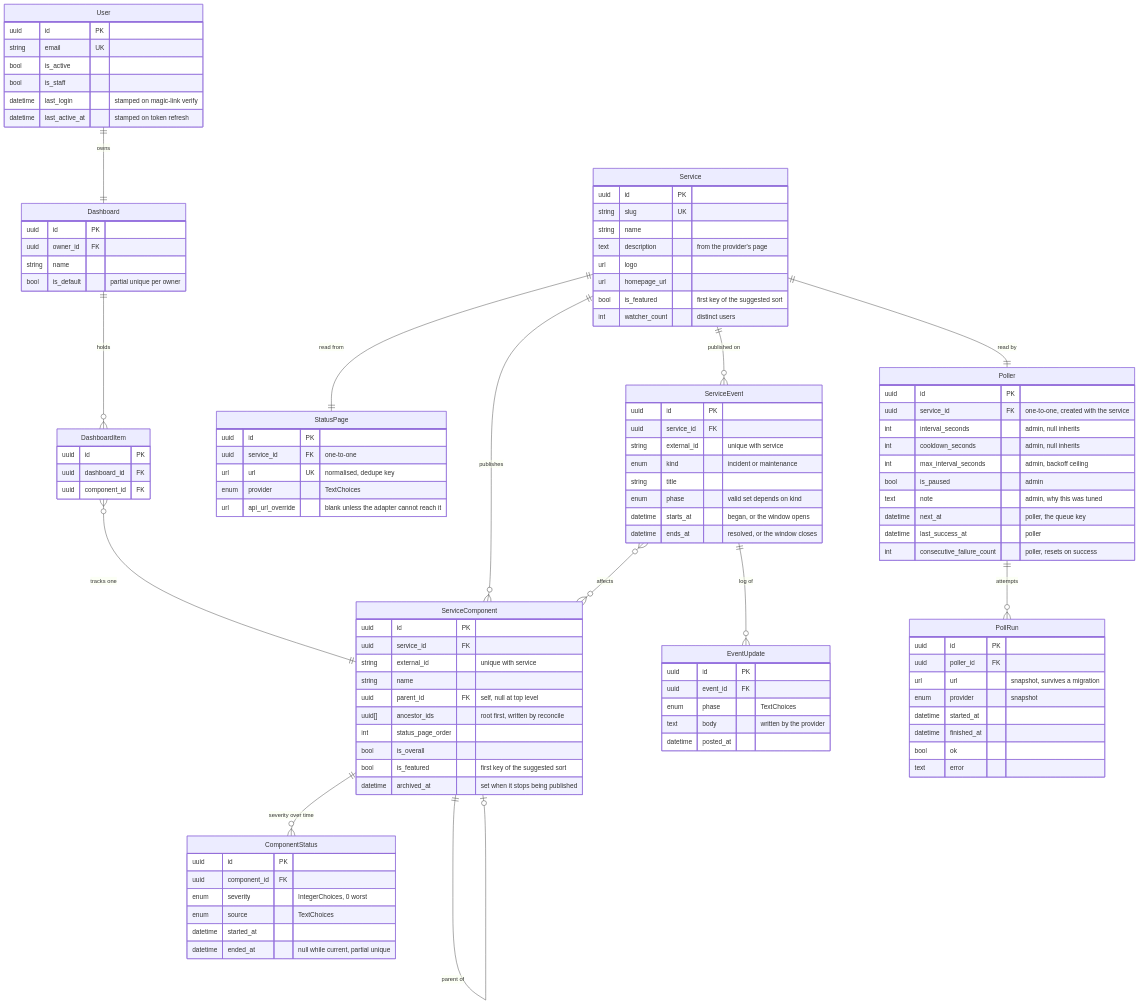
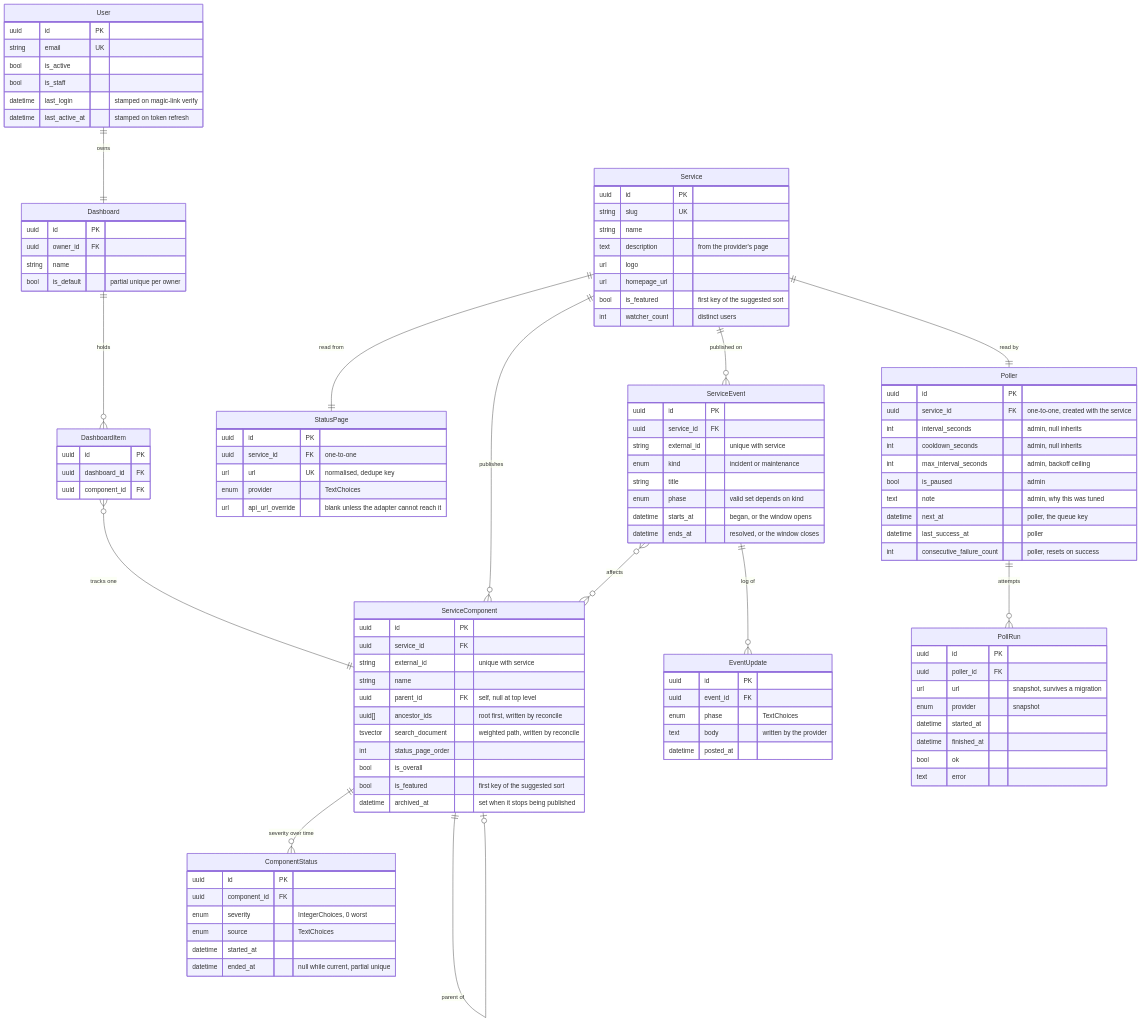
One commit to thalida/statusboard changed the second of 2 diagrams in docs/specs/2026-08-23-statusboard-design.md. Above: the diagram before and after it, drawn with Mermaid. The commit also changed 5 other files, not shown here.

First line of the commit message:
feat: a search matches a component's whole path

```diff
--- a/docs/specs/2026-08-23-statusboard-design.md
+++ b/docs/specs/2026-08-23-statusboard-design.md
@@ -158,6 +158,7 @@
         string name
         uuid parent_id FK "self, null at top level"
         uuid[] ancestor_ids "root first, written by reconcile"
+        tsvector search_document "weighted path, written by reconcile"
         int status_page_order
         bool is_overall
         bool is_featured "first key of the suggested sort"
```
